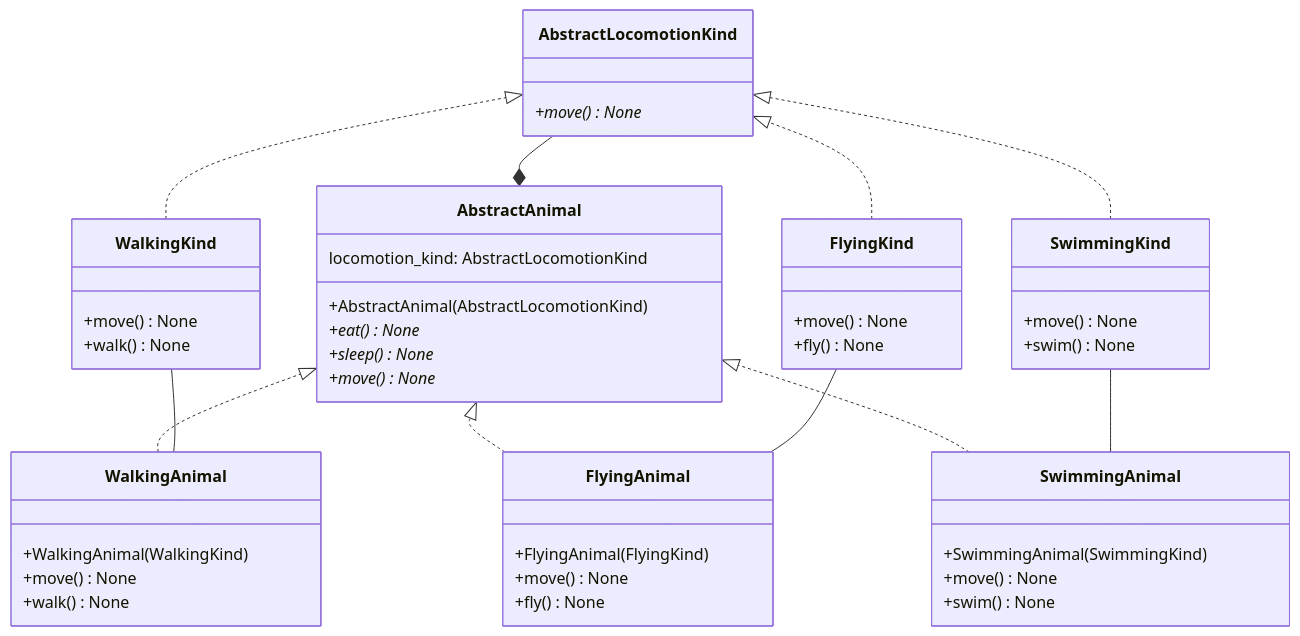
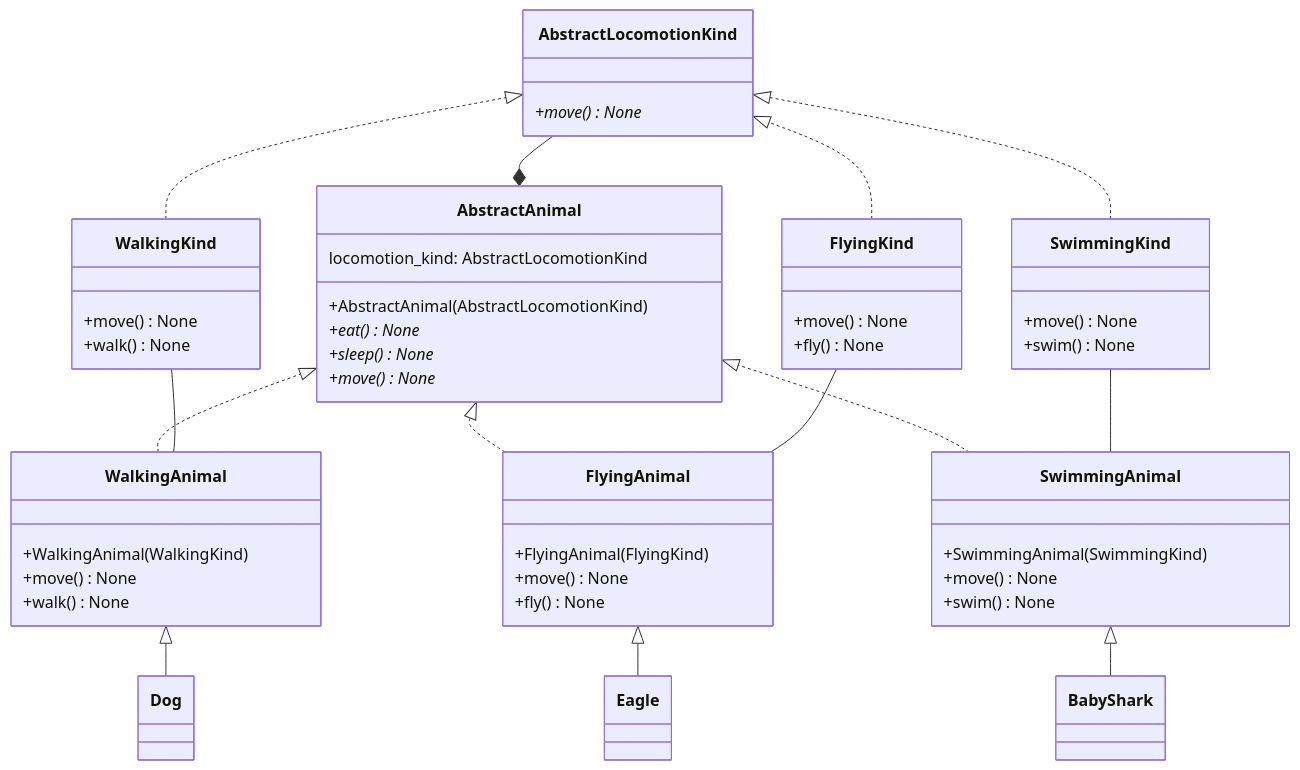
The diagram in README.md (luizok/mermaid_test), drawn with Mermaid before and after one commit.

Commit message:
Added concrete animals to the diagram

````diff
--- a/README.md
+++ b/README.md
@@ -9,58 +9,61 @@
 ```mermaid
 classDiagram
     direction BT
     class AbstractLocomotionKind {
         +move()* None
     }
     class WalkingKind {
         +move() None
         +walk() None
     }
     class FlyingKind {
         +move() None
         +fly() None
     }
     class SwimmingKind {
         +move() None
         +swim() None
     }
 
     WalkingKind ..|> AbstractLocomotionKind
     FlyingKind ..|> AbstractLocomotionKind
     SwimmingKind ..|> AbstractLocomotionKind
 
     class AbstractAnimal {
         locomotion_kind: AbstractLocomotionKind
         +AbstractAnimal(AbstractLocomotionKind)
         +eat()* None
         +sleep()* None
         +move()* None
     }
 
     AbstractAnimal *-- AbstractLocomotionKind
 
     class WalkingAnimal {
         +WalkingAnimal(WalkingKind)
         +move() None
         +walk() None
     }
     class FlyingAnimal {
         +FlyingAnimal(FlyingKind)
         +move() None
         +fly() None
     }
     class SwimmingAnimal {
         +SwimmingAnimal(SwimmingKind)
         +move() None
         +swim() None
     }
 
     WalkingAnimal ..|> AbstractAnimal
     FlyingAnimal ..|> AbstractAnimal
     SwimmingAnimal ..|> AbstractAnimal
 
     WalkingAnimal -- WalkingKind
     FlyingAnimal -- FlyingKind
     SwimmingAnimal -- SwimmingKind
 
+    Dog --|> WalkingAnimal
+    Eagle --|> FlyingAnimal
+    BabyShark --|> SwimmingAnimal
 ```
````
